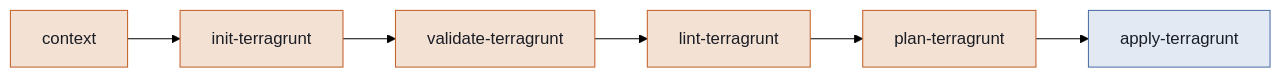
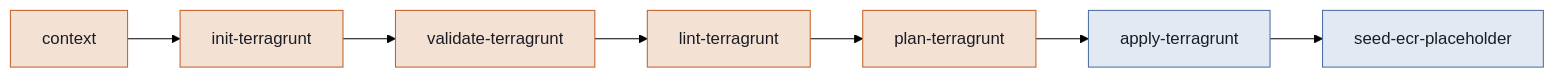
One commit to Ajjai99/thor-demo-backend changed the second of 2 diagrams in docs/infra-pipeline.md. Above: the diagram before and after it, drawn with Mermaid (forest theme). The commit also changed other lines of this file and 2 other files, not shown here.

````diff
--- a/docs/infra-pipeline.md
+++ b/docs/infra-pipeline.md
@@ -29,13 +29,14 @@
 ```mermaid
 flowchart LR
     u1["context"] --> u2["init-terragrunt"]
     u2 --> u3["validate-terragrunt"]
     u3 --> u4["lint-terragrunt"]
     u4 --> u5["plan-terragrunt"]
     u5 --> u6["apply-terragrunt"]
+    u6 --> u7["seed-ecr-placeholder"]
 
     classDef preview fill:#f3e1d4,stroke:#c4622a,color:#1a1d24;
     classDef apply fill:#e2e9f3,stroke:#4c6fa6,color:#1a1d24;
     class u1,u2,u3,u4,u5 preview;
-    class u6 apply;
+    class u6,u7 apply;
 ```
````
